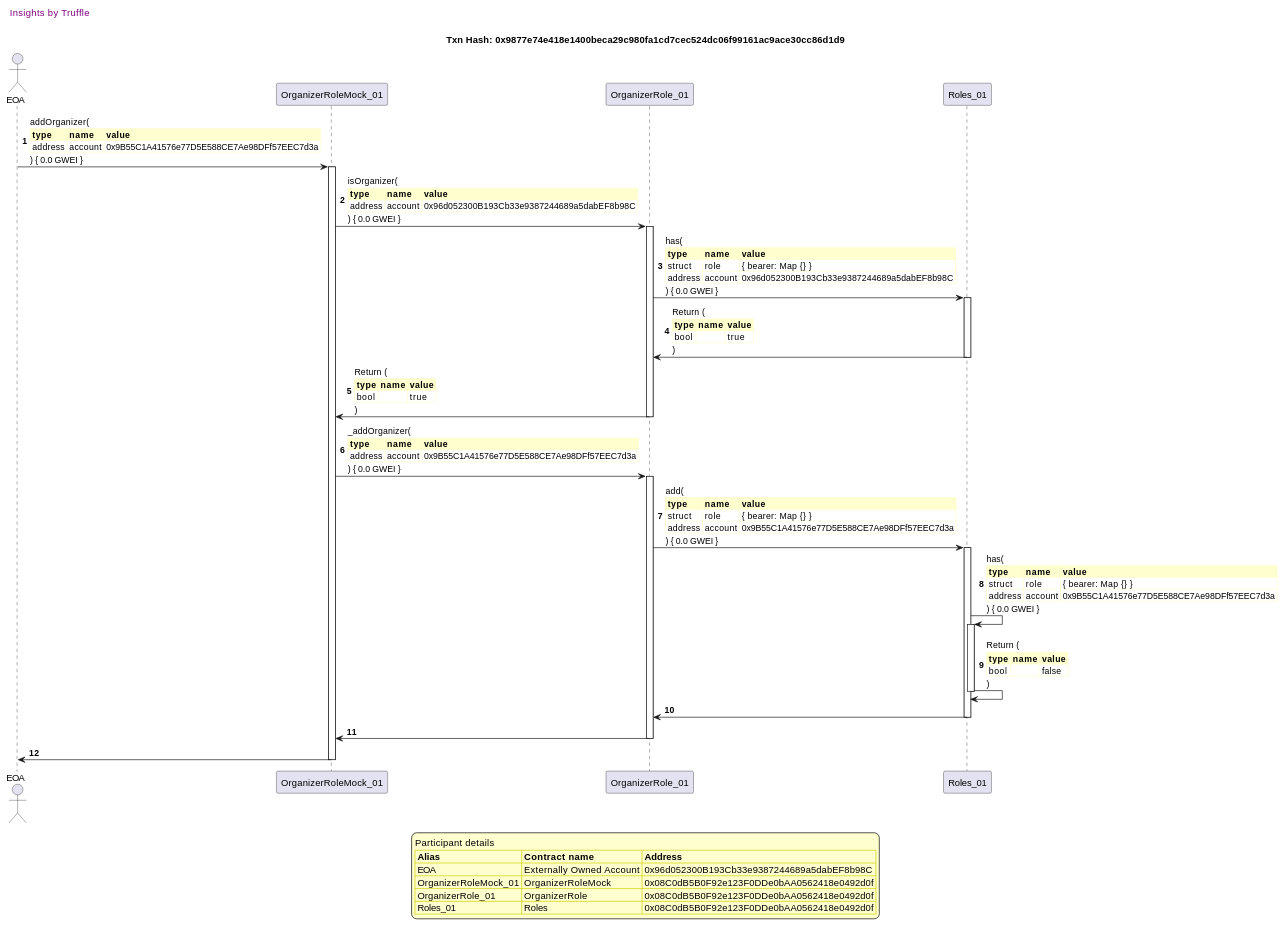
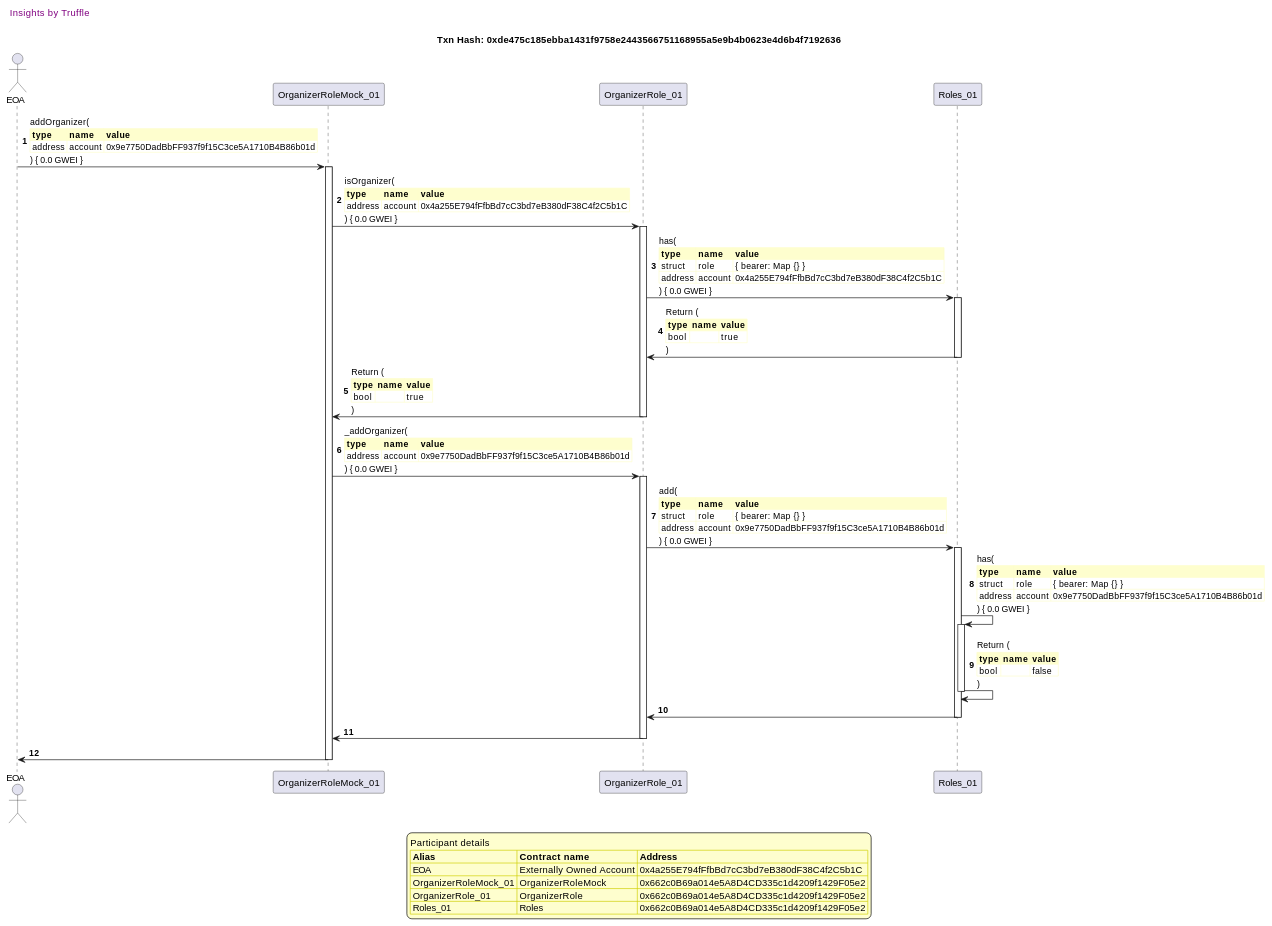
Diagram 13 of 41 in truffle-seq/roles_organizerrole.md (fodisi/hackapay), drawn with PlantUML before and after one commit. The commit also changed other lines of this file and 10 other files, not shown here.

````diff
--- a/truffle-seq/roles_organizerrole.md
+++ b/truffle-seq/roles_organizerrole.md
@@ -962,81 +962,81 @@
 ```plantuml
 
 
 @startuml
 
 autonumber
 skinparam legendBackgroundColor #FEFECE
 
 <style>
       header {
         HorizontalAlignment left
         FontColor purple
         FontSize 14
         Padding 10
       }
     </style>
 
 header Insights by Truffle
 
-title Txn Hash: 0x9877e74e418e1400beca29c980fa1cd7cec524dc06f99161ac9ace30cc86d1d9
+title Txn Hash: 0xde475c185ebba1431f9758e2443566751168955a5e9b4b0623e4d6b4f7192636
 
 
 actor EOA as "EOA"
 participant OrganizerRoleMock_01 as "OrganizerRoleMock_01"
 participant OrganizerRole_01 as "OrganizerRole_01"
 participant Roles_01 as "Roles_01"
 
 "EOA" -> "OrganizerRoleMock_01" ++: addOrganizer(\n\
 <#FEFECE,#FEFECE>|= type |= name |= value |\n\
-| address | account | 0x9B55C1A41576e77D5E588CE7Ae98DFf57EEC7d3a |\n\
+| address | account | 0x9e7750DadBbFF937f9f15C3ce5A1710B4B86b01d |\n\
 ) { 0.0 GWEI }
 "OrganizerRoleMock_01" -> "OrganizerRole_01" ++: isOrganizer(\n\
 <#FEFECE,#FEFECE>|= type |= name |= value |\n\
-| address | account | 0x96d052300B193Cb33e9387244689a5dabEF8b98C |\n\
+| address | account | 0x4a255E794fFfbBd7cC3bd7eB380dF38C4f2C5b1C |\n\
 ) { 0.0 GWEI }
 "OrganizerRole_01" -> "Roles_01" ++: has(\n\
 <#FEFECE,#FEFECE>|= type |= name |= value |\n\
 | struct | role | { bearer: Map {} } |\n\
-| address | account | 0x96d052300B193Cb33e9387244689a5dabEF8b98C |\n\
+| address | account | 0x4a255E794fFfbBd7cC3bd7eB380dF38C4f2C5b1C |\n\
 ) { 0.0 GWEI }
 "Roles_01" -> "OrganizerRole_01" --: Return (\n\
 <#FEFECE,#FEFECE>|= type |= name |= value |\n\
 | bool |  | true |\n\
 )
 "OrganizerRole_01" -> "OrganizerRoleMock_01" --: Return (\n\
 <#FEFECE,#FEFECE>|= type |= name |= value |\n\
 | bool |  | true |\n\
 )
 "OrganizerRoleMock_01" -> "OrganizerRole_01" ++: _addOrganizer(\n\
 <#FEFECE,#FEFECE>|= type |= name |= value |\n\
-| address | account | 0x9B55C1A41576e77D5E588CE7Ae98DFf57EEC7d3a |\n\
+| address | account | 0x9e7750DadBbFF937f9f15C3ce5A1710B4B86b01d |\n\
 ) { 0.0 GWEI }
 "OrganizerRole_01" -> "Roles_01" ++: add(\n\
 <#FEFECE,#FEFECE>|= type |= name |= value |\n\
 | struct | role | { bearer: Map {} } |\n\
-| address | account | 0x9B55C1A41576e77D5E588CE7Ae98DFf57EEC7d3a |\n\
+| address | account | 0x9e7750DadBbFF937f9f15C3ce5A1710B4B86b01d |\n\
 ) { 0.0 GWEI }
 "Roles_01" -> "Roles_01" ++: has(\n\
 <#FEFECE,#FEFECE>|= type |= name |= value |\n\
 | struct | role | { bearer: Map {} } |\n\
-| address | account | 0x9B55C1A41576e77D5E588CE7Ae98DFf57EEC7d3a |\n\
+| address | account | 0x9e7750DadBbFF937f9f15C3ce5A1710B4B86b01d |\n\
 ) { 0.0 GWEI }
 "Roles_01" -> "Roles_01" --: Return (\n\
 <#FEFECE,#FEFECE>|= type |= name |= value |\n\
 | bool |  | false |\n\
 )
 "Roles_01" -> "OrganizerRole_01" --: 
 "OrganizerRole_01" -> "OrganizerRoleMock_01" --: 
 "OrganizerRoleMock_01" -> "EOA" --: 
 
 legend
 Participant details
 <#FEFECE,#D0D000>|= Alias |= Contract name |= Address |
-<#FEFECE>| EOA | Externally Owned Account | 0x96d052300B193Cb33e9387244689a5dabEF8b98C |
-<#FEFECE>| OrganizerRoleMock_01 | OrganizerRoleMock | 0x08C0dB5B0F92e123F0DDe0bAA0562418e0492d0f |
-<#FEFECE>| OrganizerRole_01 | OrganizerRole | 0x08C0dB5B0F92e123F0DDe0bAA0562418e0492d0f |
-<#FEFECE>| Roles_01 | Roles | 0x08C0dB5B0F92e123F0DDe0bAA0562418e0492d0f |
+<#FEFECE>| EOA | Externally Owned Account | 0x4a255E794fFfbBd7cC3bd7eB380dF38C4f2C5b1C |
+<#FEFECE>| OrganizerRoleMock_01 | OrganizerRoleMock | 0x662c0B69a014e5A8D4CD335c1d4209f1429F05e2 |
+<#FEFECE>| OrganizerRole_01 | OrganizerRole | 0x662c0B69a014e5A8D4CD335c1d4209f1429F05e2 |
+<#FEFECE>| Roles_01 | Roles | 0x662c0B69a014e5A8D4CD335c1d4209f1429F05e2 |
 endlegend
 
 @enduml
 ```
````
